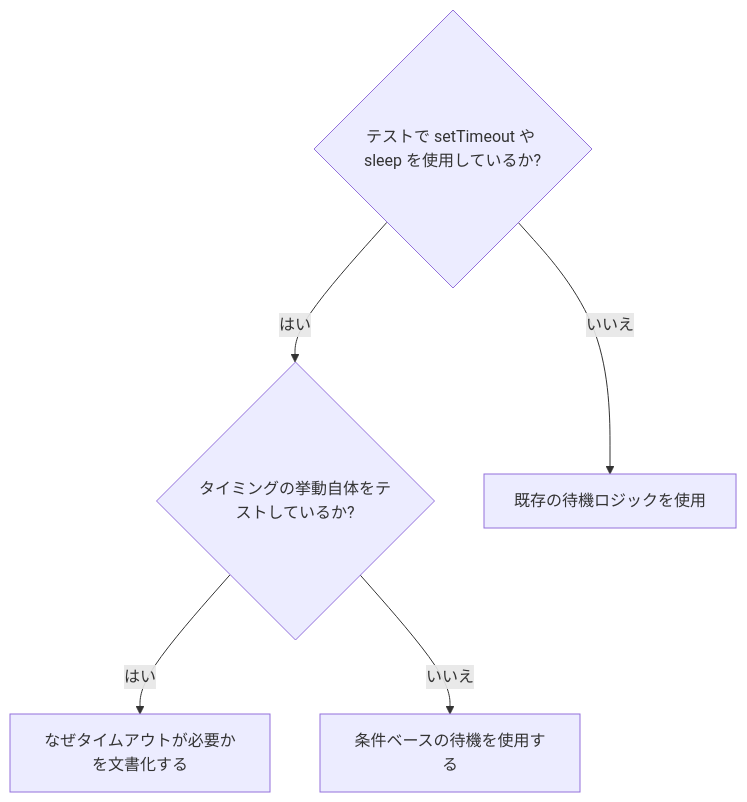
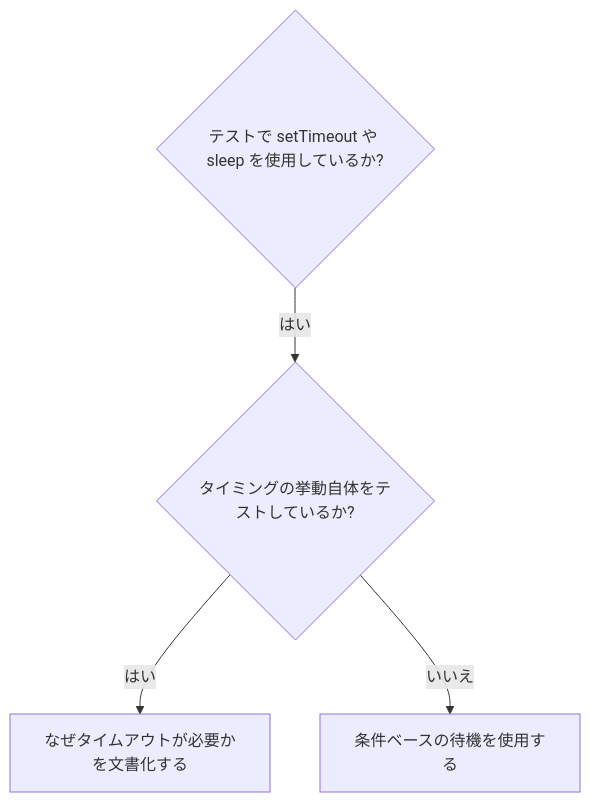
One commit to oki2a24/superpowerssuperpowers changed the diagram in skills/systematic-debugging/condition-based-waiting.md. Above: the diagram before and after it, drawn with Mermaid. The commit also changed other lines of this file and 8 other files, not shown here.

````diff
--- a/skills/systematic-debugging/condition-based-waiting.md
+++ b/skills/systematic-debugging/condition-based-waiting.md
@@ -11,7 +11,6 @@
 ```mermaid
 graph TD
     A{テストで setTimeout や sleep を使用しているか?} -->|はい| B{タイミングの挙動自体をテストしているか?}
-    A -->|いいえ| C[既存の待機ロジックを使用]
     B -->|はい| D[なぜタイムアウトが必要かを文書化する]
     B -->|いいえ| E[条件ベースの待機を使用する]
 ```
````
